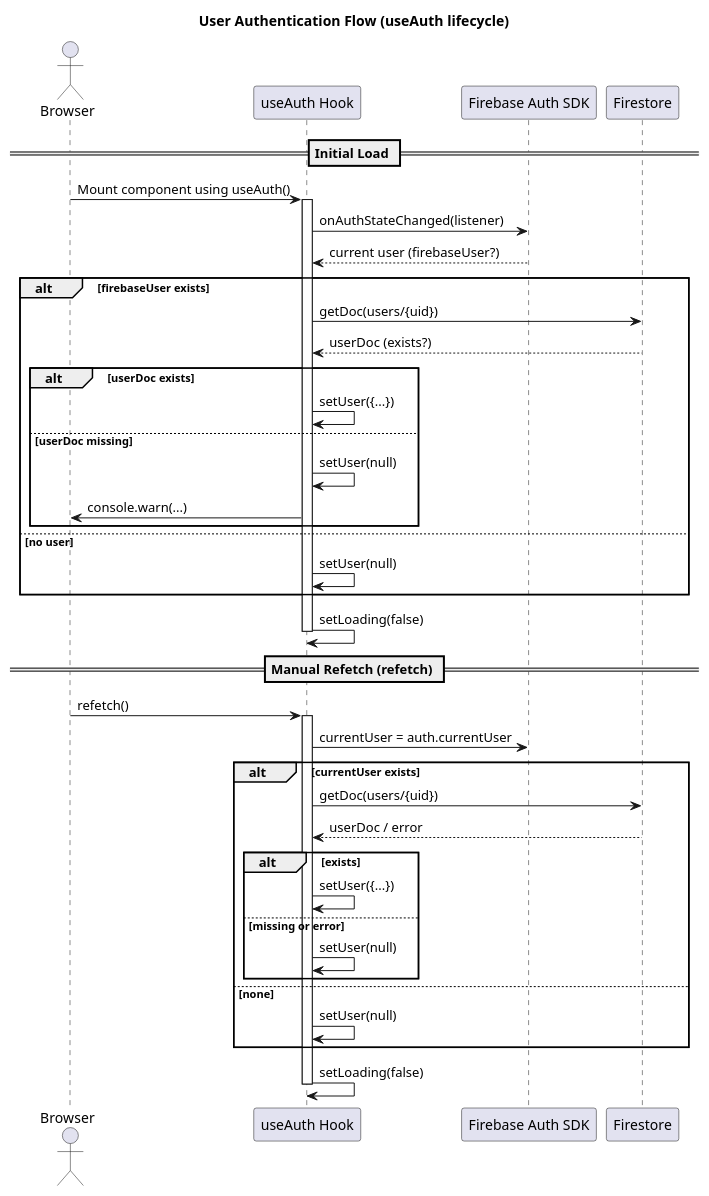
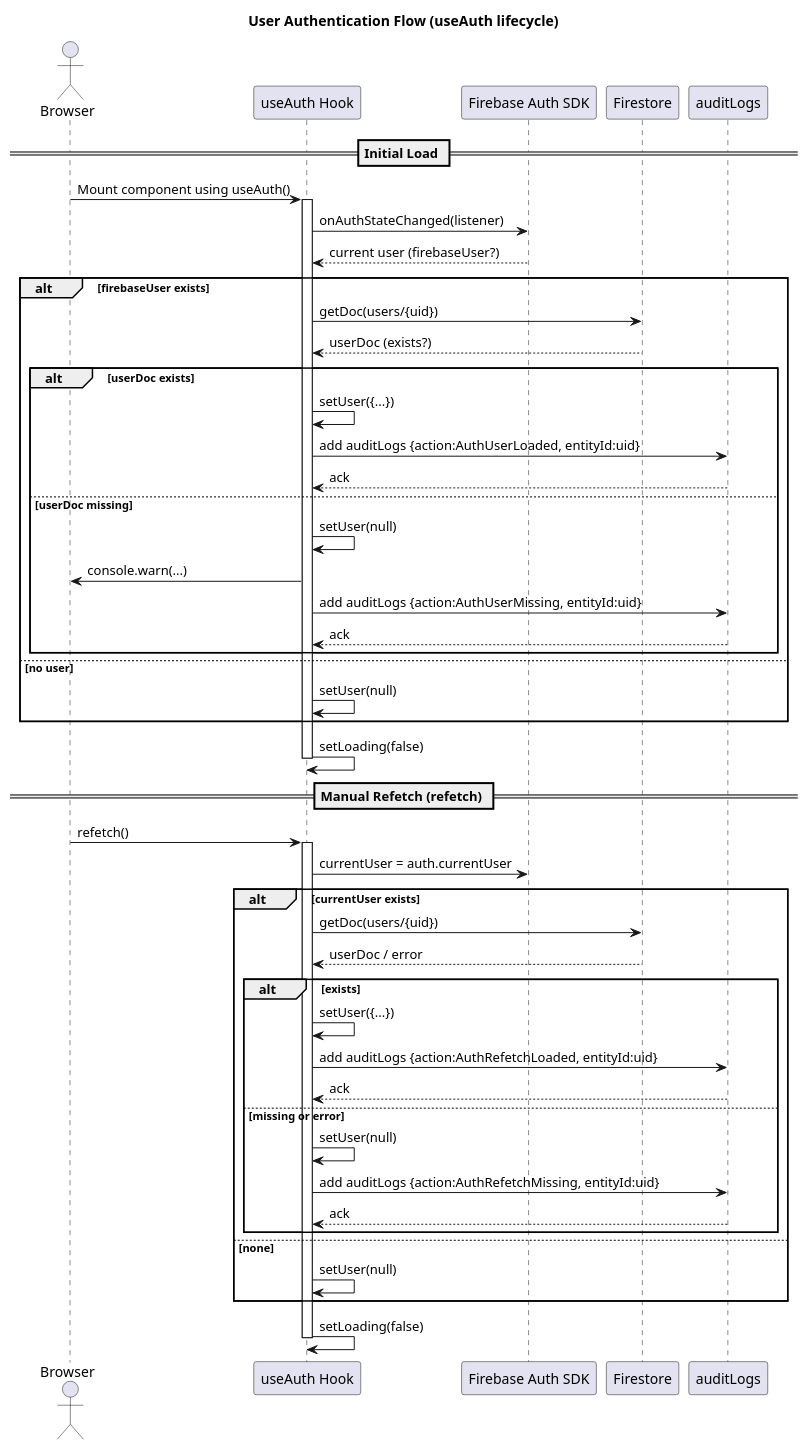
One commit to AdithyaSean/govconnect-sl changed the diagram in docs/sequence-diagrams/auth-flow.puml. Above: the diagram before and after it, drawn with PlantUML. The commit also changed 34 other files, not shown here.

```diff
--- a/docs/sequence-diagrams/auth-flow.puml
+++ b/docs/sequence-diagrams/auth-flow.puml
@@ -1,48 +1,57 @@
 @startuml auth_flow
 title User Authentication Flow (useAuth lifecycle)
 ' =====================================================================
 ' User Authentication (useAuth hook lifecycle)
 ' =====================================================================
 actor Browser as B
 participant "useAuth Hook" as Hook
 participant "Firebase Auth SDK" as Auth
 participant "Firestore" as FS
+participant AUD as "auditLogs"
 
 == Initial Load ==
 B -> Hook: Mount component using useAuth()
 activate Hook
 Hook -> Auth: onAuthStateChanged(listener)
 Auth --> Hook: current user (firebaseUser?)
 alt firebaseUser exists
   Hook -> FS: getDoc(users/{uid})
   FS --> Hook: userDoc (exists?)
   alt userDoc exists
     Hook -> Hook: setUser({...})
+    Hook -> AUD: add auditLogs {action:AuthUserLoaded, entityId:uid}
+    AUD --> Hook: ack
   else userDoc missing
     Hook -> Hook: setUser(null)
     Hook -> B: console.warn(...)
+    Hook -> AUD: add auditLogs {action:AuthUserMissing, entityId:uid}
+    AUD --> Hook: ack
   end
 else no user
   Hook -> Hook: setUser(null)
 end
 Hook -> Hook: setLoading(false)
 deactivate Hook
 
 == Manual Refetch (refetch) ==
 B -> Hook: refetch()
 activate Hook
 Hook -> Auth: currentUser = auth.currentUser
 alt currentUser exists
   Hook -> FS: getDoc(users/{uid})
   FS --> Hook: userDoc / error
   alt exists
     Hook -> Hook: setUser({...})
+    Hook -> AUD: add auditLogs {action:AuthRefetchLoaded, entityId:uid}
+    AUD --> Hook: ack
   else missing or error
     Hook -> Hook: setUser(null)
+    Hook -> AUD: add auditLogs {action:AuthRefetchMissing, entityId:uid}
+    AUD --> Hook: ack
   end
 else none
   Hook -> Hook: setUser(null)
 end
 Hook -> Hook: setLoading(false)
 deactivate Hook
 @enduml
```
